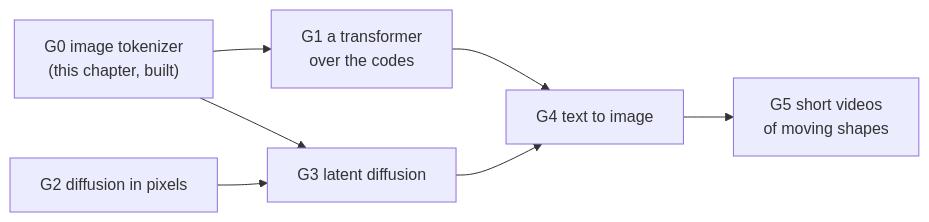
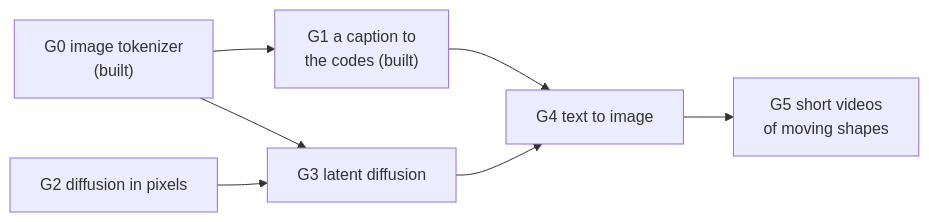
One commit to kunwarmahen/aksharallm changed the first of 4 diagrams in docs/26-pictures.md. Above: the diagram before and after it, drawn with Mermaid. The commit also changed other lines of this file and 21 other files, not shown here.

````diff
--- a/docs/26-pictures.md
+++ b/docs/26-pictures.md
@@ -8,9 +8,9 @@
 ```mermaid
 flowchart LR
-    G0["G0 image tokenizer<br/>(this chapter, built)"] --> G1["G1 a transformer<br/>over the codes"]
+    G0["G0 image tokenizer<br/>(built)"] --> G1["G1 a caption to<br/>the codes (built)"]
     G0 --> G3["G3 latent diffusion"]
     G2["G2 diffusion in pixels"] --> G3
     G1 --> G4["G4 text to image"]
     G3 --> G4
     G4 --> G5["G5 short videos<br/>of moving shapes"]
 ```
````
